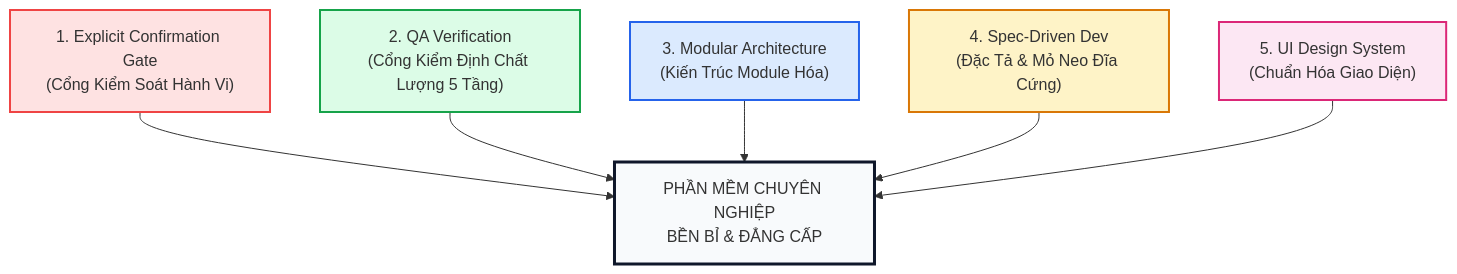
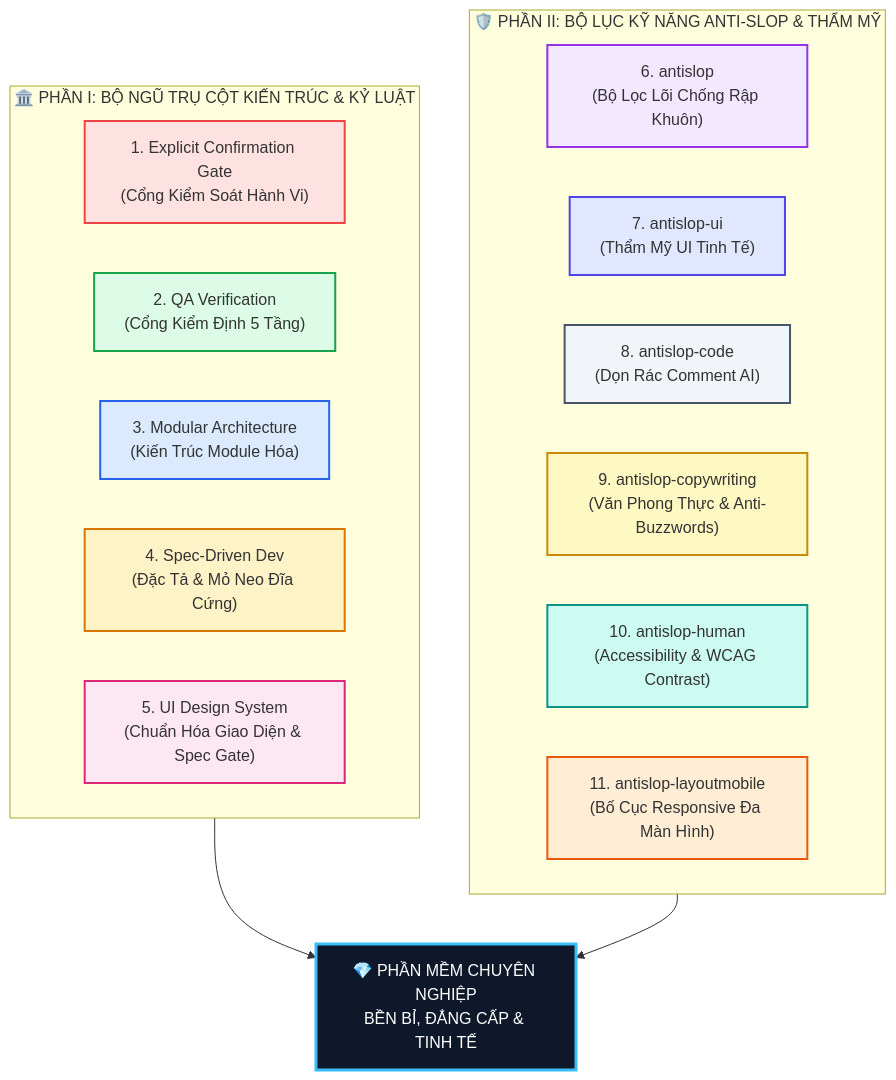
Before and after one commit to tahiep2012/MyAntigravitySkill: the diagram in README.md, drawn with Mermaid. The commit also changed other lines of this file and 10 other files, not shown here.

Commit message:
feat: integrate the 6-skill Anti-Slop suite into Antigravity Skills Suite (v2.0.0)

````diff
--- a/README.md
+++ b/README.md
@@ -9,21 +9,37 @@
 ```mermaid
 graph TD
-    Pillar1["1. Explicit Confirmation Gate<br/>(Cổng Kiểm Soát Hành Vi)"]
-    Pillar2["2. QA Verification<br/>(Cổng Kiểm Định Chất Lượng 5 Tầng)"]
-    Pillar3["3. Modular Architecture<br/>(Kiến Trúc Module Hóa)"]
-    Pillar4["4. Spec-Driven Dev<br/>(Đặc Tả & Mỏ Neo Đĩa Cứng)"]
-    Pillar5["5. UI Design System<br/>(Chuẩn Hóa Giao Diện)"]
+    subgraph Arch["🏛️ PHẦN I: BỘ NGŨ TRỤ CỘT KIẾN TRÚC & KỶ LUẬT"]
+        P1["1. Explicit Confirmation Gate<br/>(Cổng Kiểm Soát Hành Vi)"]
+        P2["2. QA Verification<br/>(Cổng Kiểm Định 5 Tầng)"]
+        P3["3. Modular Architecture<br/>(Kiến Trúc Module Hóa)"]
+        P4["4. Spec-Driven Dev<br/>(Đặc Tả & Mỏ Neo Đĩa Cứng)"]
+        P5["5. UI Design System<br/>(Chuẩn Hóa Giao Diện & Spec Gate)"]
+    end
 
-    Pillar1 --> Core["PHẦN MỀM CHUYÊN NGHIỆP<br/>BỀN BỈ & ĐẲNG CẤP"]
-    Pillar2 --> Core
-    Pillar3 --> Core
-    Pillar4 --> Core
-    Pillar5 --> Core
+    subgraph AntiSlop["🛡️ PHẦN II: BỘ LỤC KỸ NĂNG ANTI-SLOP & THẨM MỸ"]
+        S1["6. antislop<br/>(Bộ Lọc Lõi Chống Rập Khuôn)"]
+        S2["7. antislop-ui<br/>(Thẩm Mỹ UI Tinh Tế)"]
+        S3["8. antislop-code<br/>(Dọn Rác Comment AI)"]
+        S4["9. antislop-copywriting<br/>(Văn Phong Thực & Anti-Buzzwords)"]
+        S5["10. antislop-human<br/>(Accessibility & WCAG Contrast)"]
+        S6["11. antislop-layoutmobile<br/>(Bố Cục Responsive Đa Màn Hình)"]
+    end
 
-    style Pillar1 fill:#fee2e2,stroke:#ef4444,stroke-width:2px;
-    style Pillar2 fill:#dcfce7,stroke:#16a34a,stroke-width:2px;
-    style Pillar3 fill:#dbeafe,stroke:#2563eb,stroke-width:2px;
-    style Pillar4 fill:#fef3c7,stroke:#d97706,stroke-width:2px;
-    style Pillar5 fill:#fce7f3,stroke:#db2777,stroke-width:2px;
-    style Core fill:#f8fafc,stroke:#0f172a,stroke-width:3px;
+    Arch --> Core["💎 PHẦN MỀM CHUYÊN NGHIỆP<br/>BỀN BỈ, ĐẲNG CẤP & TINH TẾ"]
+    AntiSlop --> Core
+
+    style P1 fill:#fee2e2,stroke:#ef4444,stroke-width:2px;
+    style P2 fill:#dcfce7,stroke:#16a34a,stroke-width:2px;
+    style P3 fill:#dbeafe,stroke:#2563eb,stroke-width:2px;
+    style P4 fill:#fef3c7,stroke:#d97706,stroke-width:2px;
+    style P5 fill:#fce7f3,stroke:#db2777,stroke-width:2px;
+
+    style S1 fill:#f3e8ff,stroke:#9333ea,stroke-width:2px;
+    style S2 fill:#e0e7ff,stroke:#4f46e5,stroke-width:2px;
+    style S3 fill:#f1f5f9,stroke:#475569,stroke-width:2px;
+    style S4 fill:#fef9c3,stroke:#ca8a04,stroke-width:2px;
+    style S5 fill:#ccfbf1,stroke:#0d9488,stroke-width:2px;
+    style S6 fill:#ffedd5,stroke:#ea580c,stroke-width:2px;
+
+    style Core fill:#0f172a,stroke:#38bdf8,stroke-width:3px,color:#ffffff;
 ```
````
